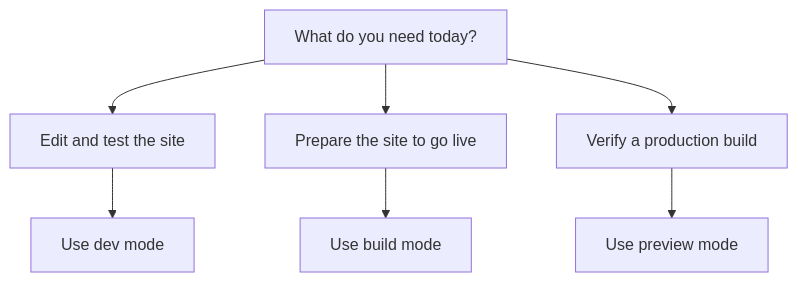
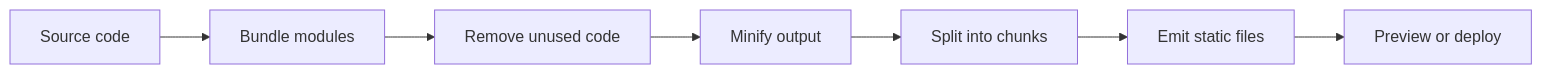
Before and after one commit to Mohita111/API2: the second of 2 diagrams in api2-documentation/plan_2026-11-02_f8890e/user-facing-docs/site-building-bundling.md, drawn with Mermaid. The commit also changed other lines of this file and 12 other files, not shown here.

````diff
--- a/api2-documentation/plan_2026-11-02_f8890e/user-facing-docs/site-building-bundling.md
+++ b/api2-documentation/plan_2026-11-02_f8890e/user-facing-docs/site-building-bundling.md
@@ -35,9 +38,9 @@
 ```mermaid
-graph TD
-  A["What do you need today?"] --> B[Edit and test the site]
-  A --> C[Prepare the site to go live]
-  A --> D[Verify a production build]
-  B --> E[Use dev mode]
-  C --> F[Use build mode]
-  D --> G[Use preview mode]
+graph LR
+    A["Source code"] --> B["Bundle modules"]
+    B --> C["Remove unused code"]
+    C --> D["Minify output"]
+    D --> E["Split into chunks"]
+    E --> F["Emit static files"]
+    F --> G["Preview or deploy"]
 ```
````
